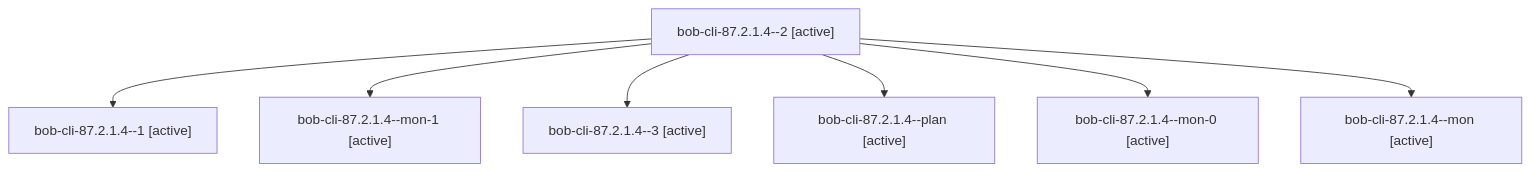
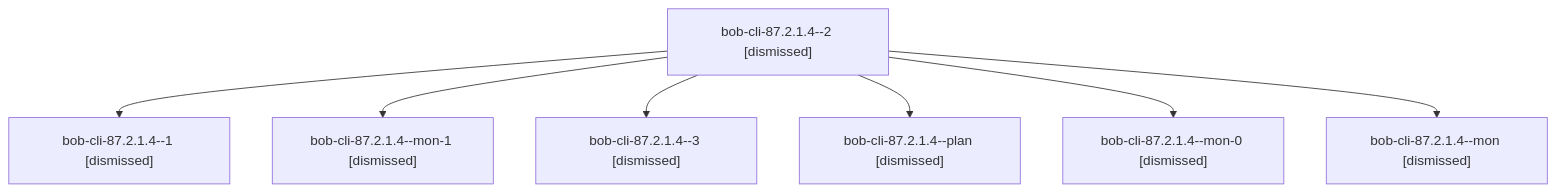
One commit to bobs-org/bob-cli--agents changed the diagram in sessions/bbugyi200.athena.bob-cli-87.2.1.4.md. Above: the diagram before and after it, drawn with Mermaid. The commit also changed other lines of this file and 210 other files, not shown here.

````diff
--- a/sessions/bbugyi200.athena.bob-cli-87.2.1.4.md
+++ b/sessions/bbugyi200.athena.bob-cli-87.2.1.4.md
@@ -9,16 +9,16 @@
 ```mermaid
 flowchart TD
-  n0["bob-cli-87.2.1.4--2 [active]"]
-  n1["bob-cli-87.2.1.4--1 [active]"]
+  n0["bob-cli-87.2.1.4--2 [dismissed]"]
+  n1["bob-cli-87.2.1.4--1 [dismissed]"]
   n0 --> n1
-  n2["bob-cli-87.2.1.4--mon-1 [active]"]
+  n2["bob-cli-87.2.1.4--mon-1 [dismissed]"]
   n0 --> n2
-  n3["bob-cli-87.2.1.4--3 [active]"]
+  n3["bob-cli-87.2.1.4--3 [dismissed]"]
   n0 --> n3
-  n4["bob-cli-87.2.1.4--plan [active]"]
+  n4["bob-cli-87.2.1.4--plan [dismissed]"]
   n0 --> n4
-  n5["bob-cli-87.2.1.4--mon-0 [active]"]
+  n5["bob-cli-87.2.1.4--mon-0 [dismissed]"]
   n0 --> n5
-  n6["bob-cli-87.2.1.4--mon [active]"]
+  n6["bob-cli-87.2.1.4--mon [dismissed]"]
   n0 --> n6
 ```
````
